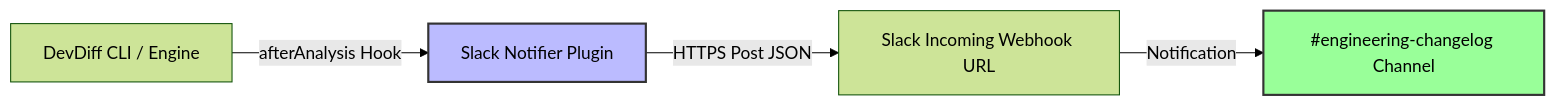
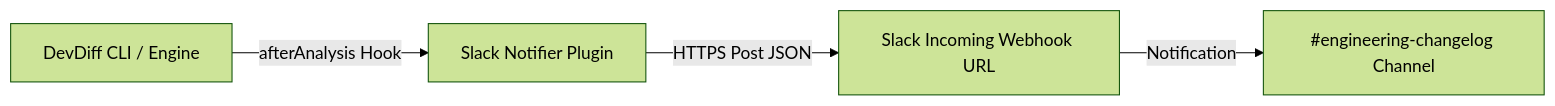
One commit to EldrexDelosReyesBula/DevDiff changed the diagram in docs/integrations/slack.md. Above: the diagram before and after it, drawn with Mermaid (forest theme). The commit also changed other lines of this file and 187 other files, not shown here.

First line of the commit message:
release: v1.8.0 — multi-registry distribution, plugin architecture & documentation overhaul

````diff
--- a/docs/integrations/slack.md
+++ b/docs/integrations/slack.md
@@ -9,9 +9,6 @@
 ```mermaid
 flowchart LR
     DevDiff[DevDiff CLI / Engine] -->|afterAnalysis Hook| Plugin[Slack Notifier Plugin]
     Plugin -->|HTTPS Post JSON| SlackWebhook[Slack Incoming Webhook URL]
     SlackWebhook -->|Notification| SlackChannel[#engineering-changelog Channel]
-
-    style Plugin fill:#bbf,stroke:#333,stroke-width:2px
-    style SlackChannel fill:#9f9,stroke:#333,stroke-width:2px
 ```
````
